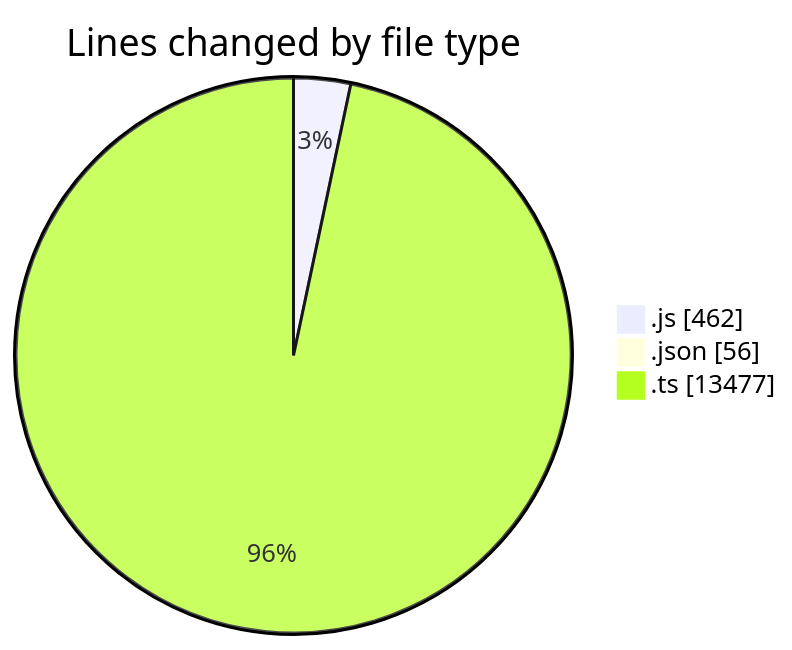
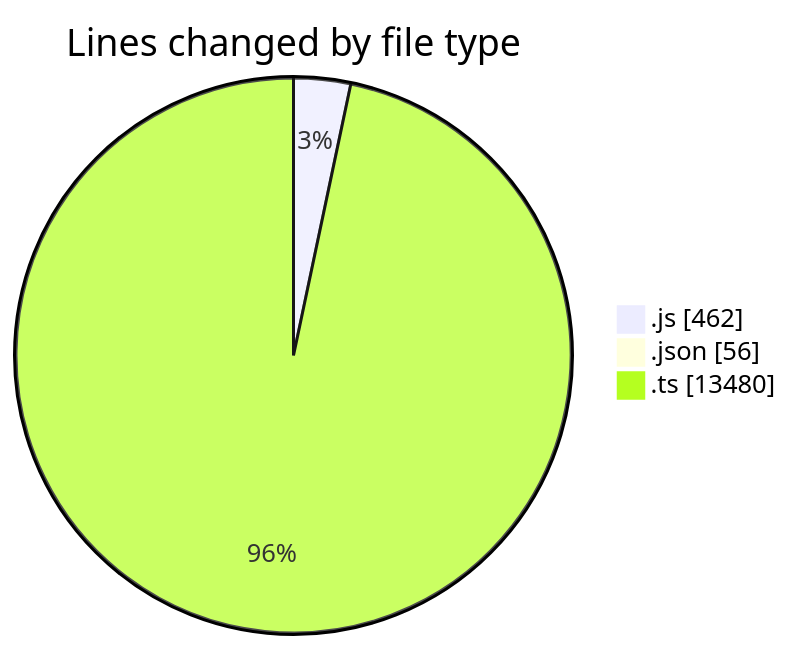
Before and after one commit to momahboobian/code-tracking: the first of 2 diagrams in 2025-09-04/cda/README.md, drawn with Mermaid. The commit also changed other lines of this file and 1 other file, not shown here.

````diff
--- a/2025-09-04/cda/README.md
+++ b/2025-09-04/cda/README.md
@@ -32,7 +32,7 @@
 ```mermaid
 pie showData
 title Lines changed by file type
 ".js" : 462
 ".json" : 56
-".ts" : 13477
+".ts" : 13480
 ```
````
